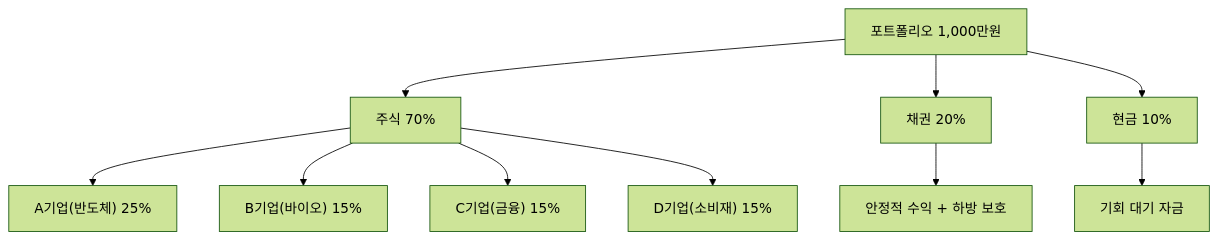
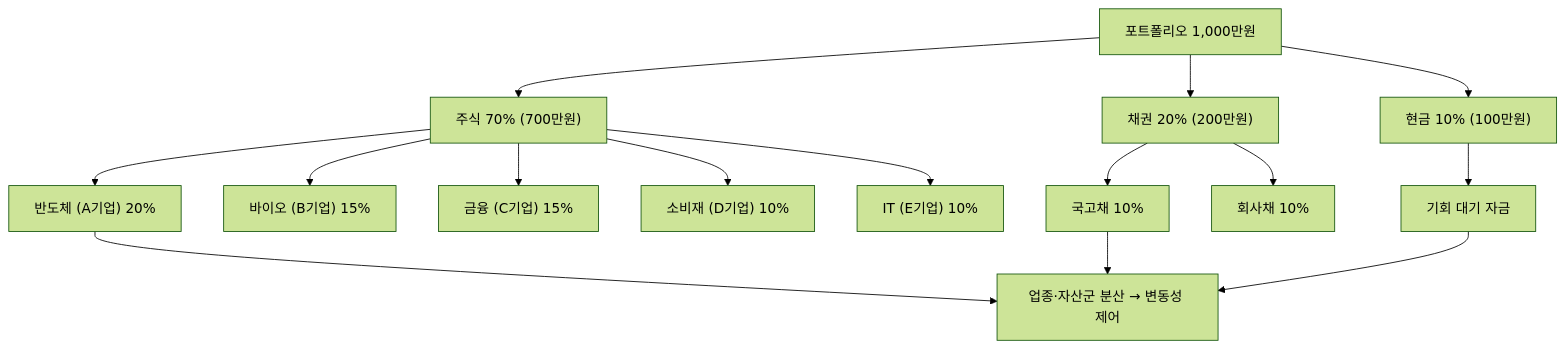
Before and after one commit to yeongseon/stock-visual-note: the diagram in content/stock-terms/ko/level-10-company-analysis/portfolio.md, drawn with Mermaid (forest theme). The commit also changed other lines of this file and 9 other files, not shown here.

Commit message:
content: rewrite level-10 (10 articles) — richer diagrams, realistic scenarios, blog tone

````diff
--- a/content/stock-terms/ko/level-10-company-analysis/portfolio.md
+++ b/content/stock-terms/ko/level-10-company-analysis/portfolio.md
@@ -42,13 +43,18 @@
 ```mermaid
 graph TD
     A["포트폴리오 1,000만원"]
-    A --> B["주식 70%"]
-    A --> C["채권 20%"]
-    A --> D["현금 10%"]
-    B --> B1["A기업(반도체) 25%"]
-    B --> B2["B기업(바이오) 15%"]
-    B --> B3["C기업(금융) 15%"]
-    B --> B4["D기업(소비재) 15%"]
-    C --> C1["안정적 수익 + 하방 보호"]
+    A --> B["주식 70% (700만원)"]
+    A --> C["채권 20% (200만원)"]
+    A --> D["현금 10% (100만원)"]
+    B --> B1["반도체 (A기업) 20%"]
+    B --> B2["바이오 (B기업) 15%"]
+    B --> B3["금융 (C기업) 15%"]
+    B --> B4["소비재 (D기업) 10%"]
+    B --> B5["IT (E기업) 10%"]
+    C --> C1["국고채 10%"]
+    C --> C2["회사채 10%"]
     D --> D1["기회 대기 자금"]
+    B1 --> R["업종·자산군 분산 → 변동성 제어"]
+    C1 --> R
+    D1 --> R
 ```
````
